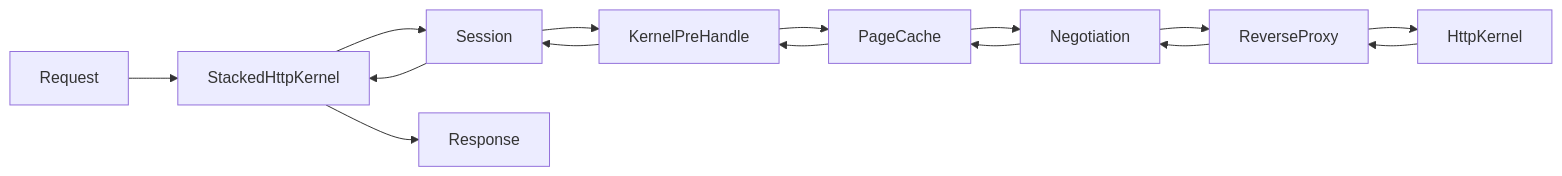
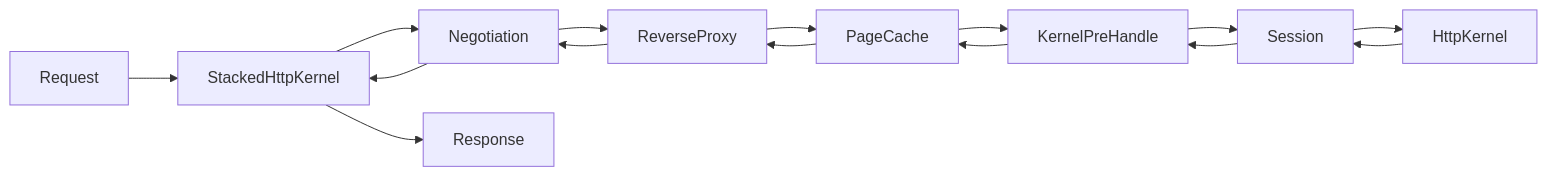
The second of 4 diagrams in docs/internals/request-lifecycle.md (amitmaity/drupal-docs), drawn with Mermaid before and after one commit. The commit also changed other lines of this file and 83 other files, not shown here.

````diff
--- a/docs/internals/request-lifecycle.md
+++ b/docs/internals/request-lifecycle.md
@@ -105,17 +111,17 @@
 ```mermaid
 graph LR
     R[Request] --> A[StackedHttpKernel]
-    A --> M1[Session]
-    M1 --> M2[KernelPreHandle]
+    A --> M1[Negotiation]
+    M1 --> M2[ReverseProxy]
     M2 --> M3[PageCache]
-    M3 --> M4[Negotiation]
-    M4 --> M5[ReverseProxy]
+    M3 --> M4[KernelPreHandle]
+    M4 --> M5[Session]
     M5 --> HK[HttpKernel]
     HK --> M5
     M5 --> M4
     M4 --> M3
     M3 --> M2
     M2 --> M1
     M1 --> A
     A --> Res[Response]
 ```
````
